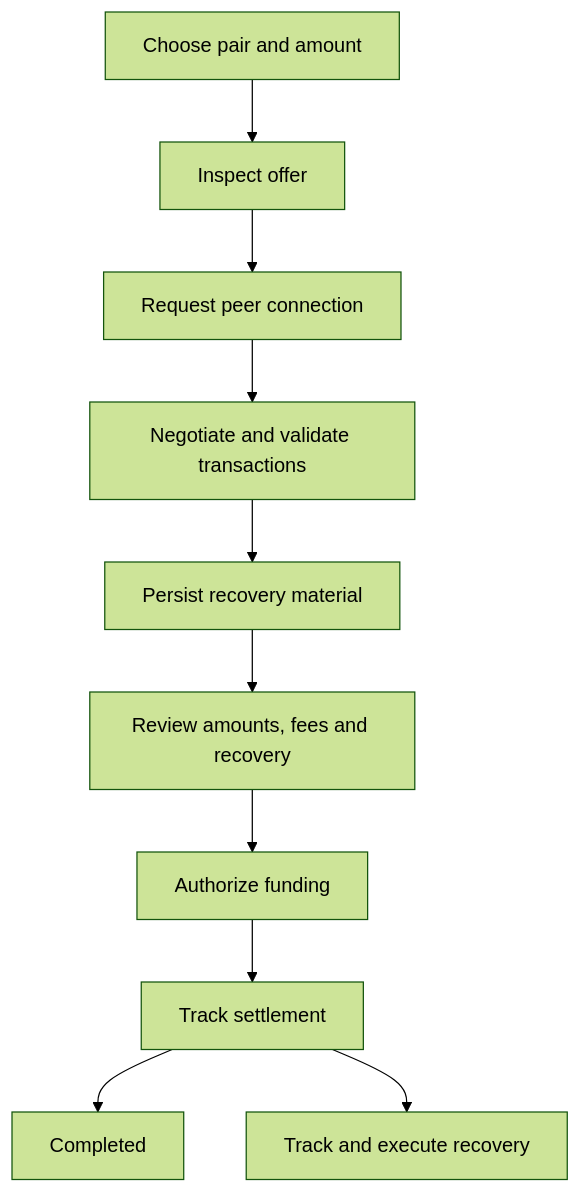
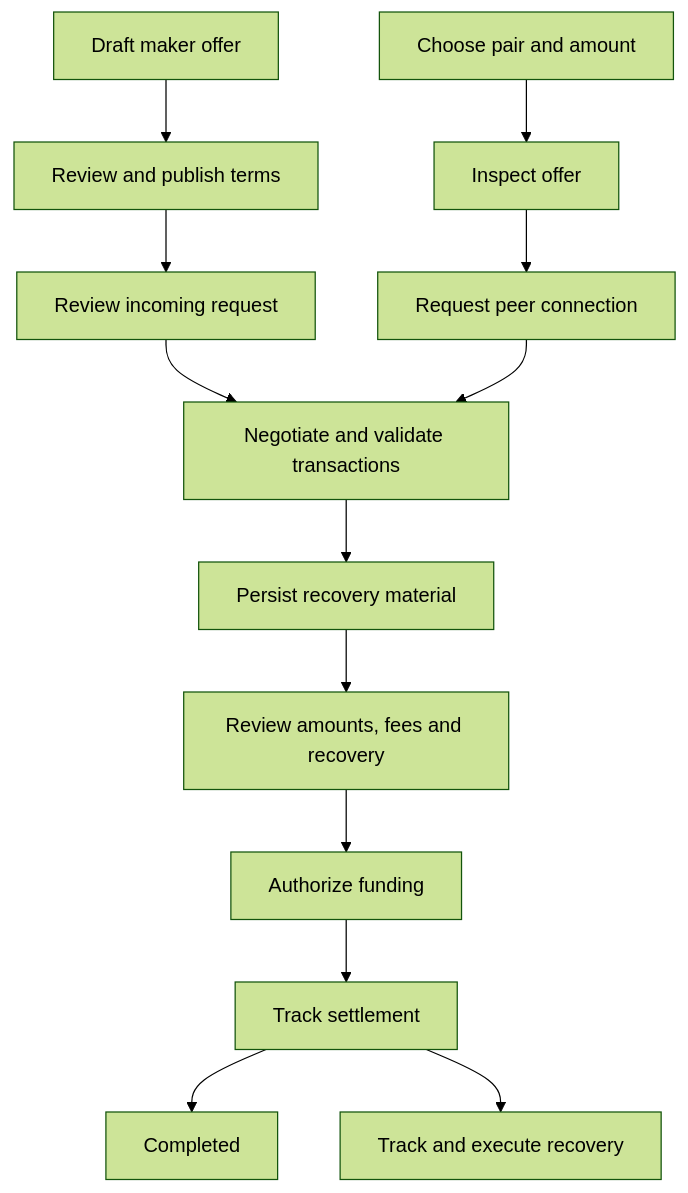
The diagram in docs/P2P_SWAPS.md (Such-Software/smirk-monorepo), drawn with Mermaid (forest theme) before and after one commit. The commit also changed other lines of this file and 1 other file, not shown here.

Commit message:
docs(swap): define maker offer and reservation lifecycle

````diff
--- a/docs/P2P_SWAPS.md
+++ b/docs/P2P_SWAPS.md
@@ -46,12 +103,15 @@
 ```mermaid
 flowchart TD
+    M[Draft maker offer] --> N[Review and publish terms]
+    N --> O[Review incoming request]
+    O --> D[Negotiate and validate transactions]
     A[Choose pair and amount] --> B[Inspect offer]
     B --> C[Request peer connection]
     C --> D[Negotiate and validate transactions]
     D --> E[Persist recovery material]
     E --> F[Review amounts, fees and recovery]
     F --> G[Authorize funding]
     G --> H[Track settlement]
     H --> I[Completed]
     H --> J[Track and execute recovery]
 ```
````
